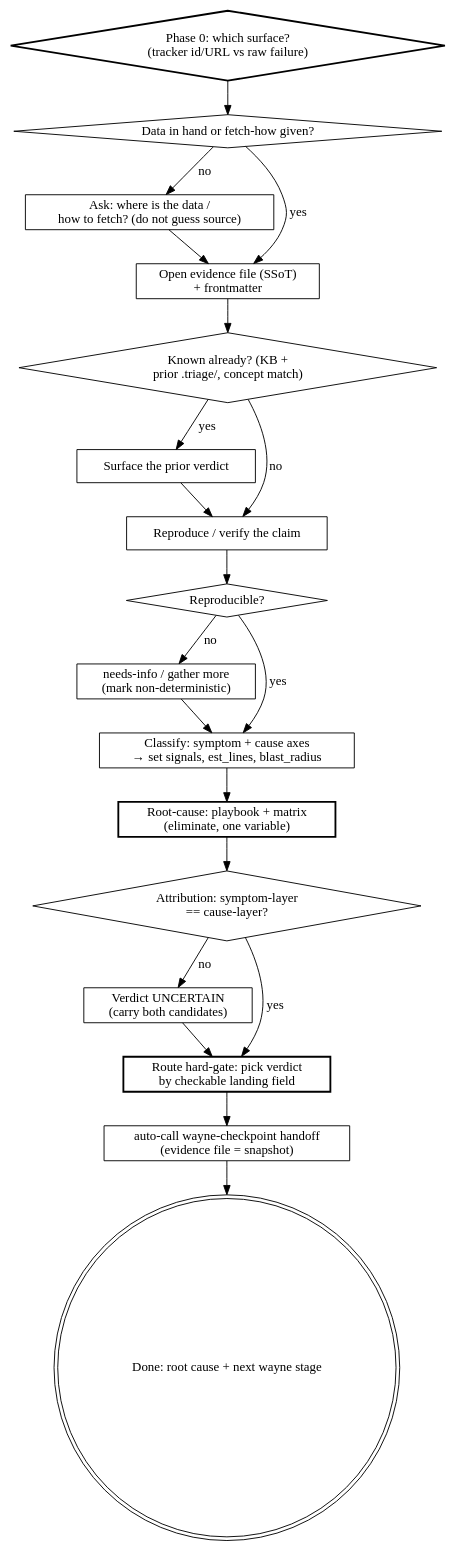
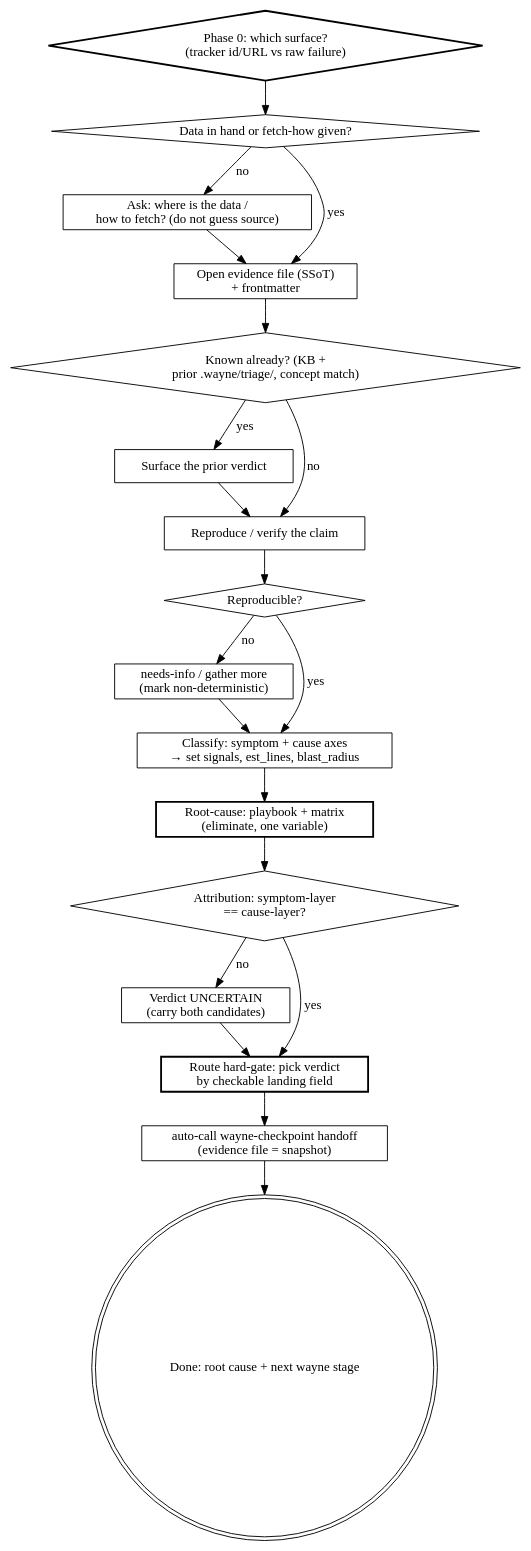
Before and after one commit to waynejing995/wayne-taste: the diagram in wayne-triage/SKILL.md, drawn with Graphviz. The commit also changed other lines of this file and 4 other files, not shown here.

First line of the commit message:
fix:/wayne-triage - move evidence files under .wayne/ namespace

````diff
--- a/wayne-triage/SKILL.md
+++ b/wayne-triage/SKILL.md
@@ -121,42 +121,42 @@
 ```dot
 digraph wayne_triage {
     rankdir=TB;
 
     "Phase 0: which surface?\n(tracker id/URL vs raw failure)" [shape=diamond, style=bold];
     "Data in hand or fetch-how given?" [shape=diamond];
     "Ask: where is the data /\nhow to fetch? (do not guess source)" [shape=box];
     "Open evidence file (SSoT)\n+ frontmatter" [shape=box];
-    "Known already? (KB +\nprior .triage/, concept match)" [shape=diamond];
+    "Known already? (KB +\nprior .wayne/triage/, concept match)" [shape=diamond];
     "Surface the prior verdict" [shape=box];
     "Reproduce / verify the claim" [shape=box];
     "Reproducible?" [shape=diamond];
     "needs-info / gather more\n(mark non-deterministic)" [shape=box];
     "Classify: symptom + cause axes\n→ set signals, est_lines, blast_radius" [shape=box];
     "Root-cause: playbook + matrix\n(eliminate, one variable)" [shape=box, style=bold];
     "Attribution: symptom-layer\n== cause-layer?" [shape=diamond];
     "Verdict UNCERTAIN\n(carry both candidates)" [shape=box];
     "Route hard-gate: pick verdict\nby checkable landing field" [shape=box, style=bold];
     "auto-call wayne-checkpoint handoff\n(evidence file = snapshot)" [shape=box];
     "Done: root cause + next wayne stage" [shape=doublecircle];
 
     "Phase 0: which surface?\n(tracker id/URL vs raw failure)" -> "Data in hand or fetch-how given?";
     "Data in hand or fetch-how given?" -> "Ask: where is the data /\nhow to fetch? (do not guess source)" [label="no"];
     "Data in hand or fetch-how given?" -> "Open evidence file (SSoT)\n+ frontmatter" [label="yes"];
     "Ask: where is the data /\nhow to fetch? (do not guess source)" -> "Open evidence file (SSoT)\n+ frontmatter";
-    "Open evidence file (SSoT)\n+ frontmatter" -> "Known already? (KB +\nprior .triage/, concept match)";
-    "Known already? (KB +\nprior .triage/, concept match)" -> "Surface the prior verdict" [label="yes"];
-    "Known already? (KB +\nprior .triage/, concept match)" -> "Reproduce / verify the claim" [label="no"];
+    "Open evidence file (SSoT)\n+ frontmatter" -> "Known already? (KB +\nprior .wayne/triage/, concept match)";
+    "Known already? (KB +\nprior .wayne/triage/, concept match)" -> "Surface the prior verdict" [label="yes"];
+    "Known already? (KB +\nprior .wayne/triage/, concept match)" -> "Reproduce / verify the claim" [label="no"];
     "Surface the prior verdict" -> "Reproduce / verify the claim";
     "Reproduce / verify the claim" -> "Reproducible?";
     "Reproducible?" -> "needs-info / gather more\n(mark non-deterministic)" [label="no"];
     "Reproducible?" -> "Classify: symptom + cause axes\n→ set signals, est_lines, blast_radius" [label="yes"];
     "needs-info / gather more\n(mark non-deterministic)" -> "Classify: symptom + cause axes\n→ set signals, est_lines, blast_radius";
     "Classify: symptom + cause axes\n→ set signals, est_lines, blast_radius" -> "Root-cause: playbook + matrix\n(eliminate, one variable)";
     "Root-cause: playbook + matrix\n(eliminate, one variable)" -> "Attribution: symptom-layer\n== cause-layer?";
     "Attribution: symptom-layer\n== cause-layer?" -> "Verdict UNCERTAIN\n(carry both candidates)" [label="no"];
     "Attribution: symptom-layer\n== cause-layer?" -> "Route hard-gate: pick verdict\nby checkable landing field" [label="yes"];
     "Verdict UNCERTAIN\n(carry both candidates)" -> "Route hard-gate: pick verdict\nby checkable landing field";
     "Route hard-gate: pick verdict\nby checkable landing field" -> "auto-call wayne-checkpoint handoff\n(evidence file = snapshot)";
     "auto-call wayne-checkpoint handoff\n(evidence file = snapshot)" -> "Done: root cause + next wayne stage";
 }
 ```
````
